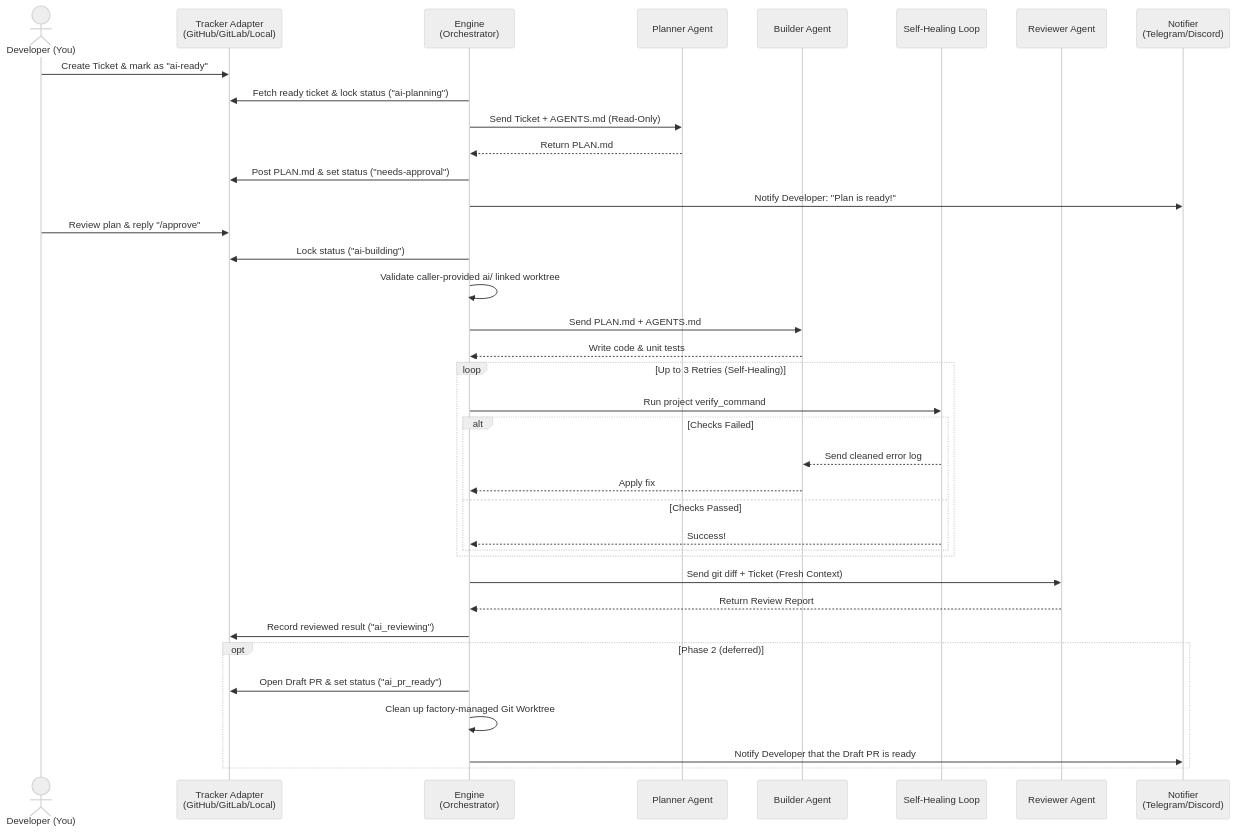
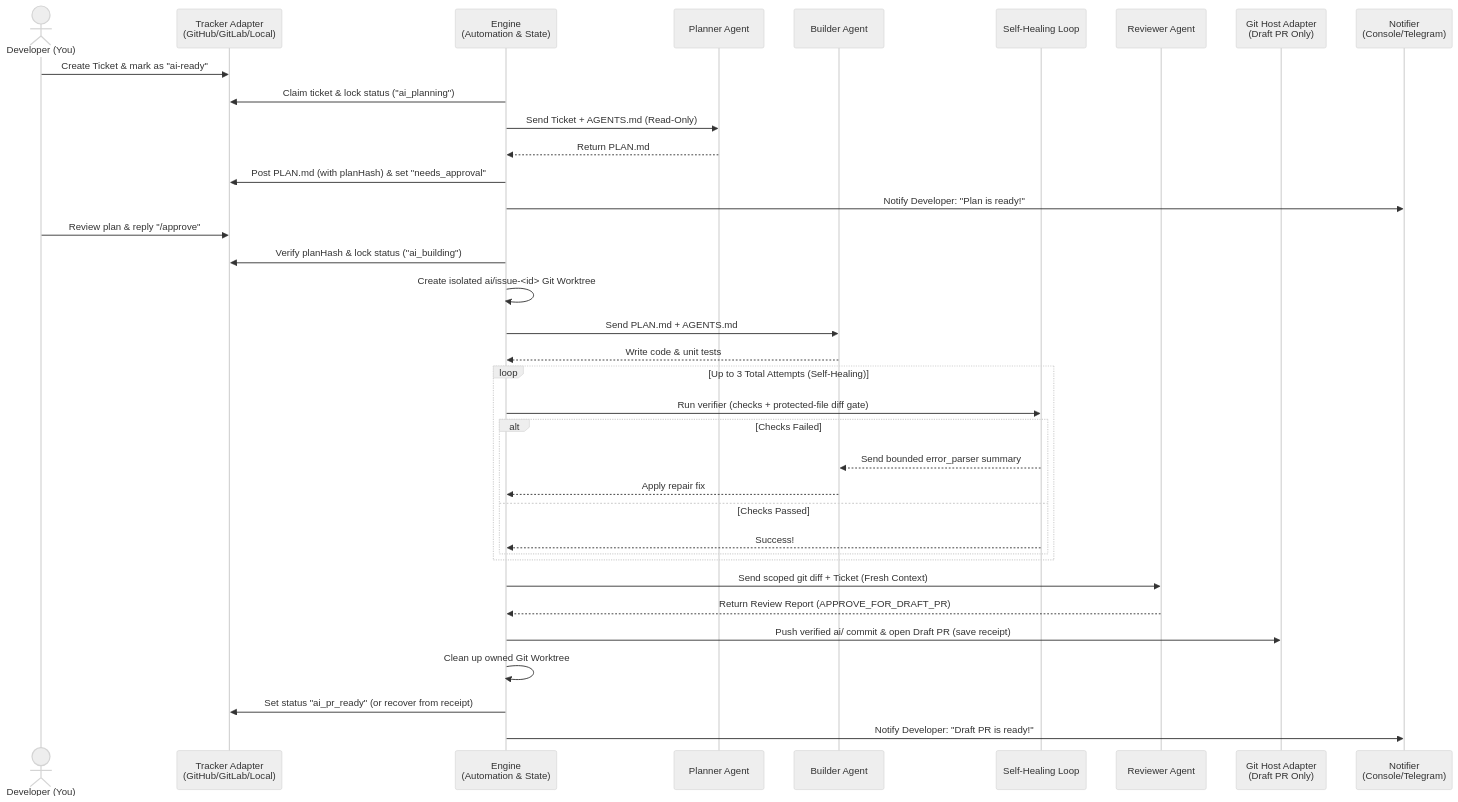
Before and after one commit to islam-kamel/software_factory: the first of 5 diagrams in docs/system_design.md, drawn with Mermaid (neutral theme). The commit also changed other lines of this file and 5 other files, not shown here.

````diff
--- a/docs/system_design.md
+++ b/docs/system_design.md
@@ -11,44 +11,42 @@
 ```mermaid
 sequenceDiagram
     actor Dev as Developer (You)
     participant TR as Tracker Adapter<br/>(GitHub/GitLab/Local)
-    participant ENG as Engine<br/>(Orchestrator)
+    participant ENG as Engine<br/>(Automation & State)
     participant PL as Planner Agent
     participant BL as Builder Agent
     participant SH as Self-Healing Loop
     participant RV as Reviewer Agent
-    participant NT as Notifier<br/>(Telegram/Discord)
+    participant GH as Git Host Adapter<br/>(Draft PR Only)
+    participant NT as Notifier<br/>(Console/Telegram)
 
     Dev->>TR: Create Ticket & mark as "ai-ready"
-    ENG->>TR: Fetch ready ticket & lock status ("ai-planning")
+    ENG->>TR: Claim ticket & lock status ("ai_planning")
     ENG->>PL: Send Ticket + AGENTS.md (Read-Only)
     PL-->>ENG: Return PLAN.md
-    ENG->>TR: Post PLAN.md & set status ("needs-approval")
+    ENG->>TR: Post PLAN.md (with planHash) & set "needs_approval"
     ENG->>NT: Notify Developer: "Plan is ready!"
 
     Dev->>TR: Review plan & reply "/approve"
-    ENG->>TR: Lock status ("ai-building")
-    ENG->>ENG: Validate caller-provided ai/ linked worktree
+    ENG->>TR: Verify planHash & lock status ("ai_building")
+    ENG->>ENG: Create isolated ai/issue-<id> Git Worktree
     ENG->>BL: Send PLAN.md + AGENTS.md
     BL-->>ENG: Write code & unit tests
 
-    loop Up to 3 Retries (Self-Healing)
-        ENG->>SH: Run project verify_command
+    loop Up to 3 Total Attempts (Self-Healing)
+        ENG->>SH: Run verifier (checks + protected-file diff gate)
         alt Checks Failed
-            SH-->>BL: Send cleaned error log
-            BL-->>ENG: Apply fix
+            SH-->>BL: Send bounded error_parser summary
+            BL-->>ENG: Apply repair fix
         else Checks Passed
             SH-->>ENG: Success!
         end
     end
 
-    ENG->>RV: Send git diff + Ticket (Fresh Context)
-    RV-->>ENG: Return Review Report
-    ENG->>TR: Record reviewed result ("ai_reviewing")
-
-    opt Phase 2 (deferred)
-        ENG->>TR: Open Draft PR & set status ("ai_pr_ready")
-        ENG->>ENG: Clean up factory-managed Git Worktree
-        ENG->>NT: Notify Developer that the Draft PR is ready
-    end
+    ENG->>RV: Send scoped git diff + Ticket (Fresh Context)
+    RV-->>ENG: Return Review Report (APPROVE_FOR_DRAFT_PR)
+    ENG->>GH: Push verified ai/ commit & open Draft PR (save receipt)
+    ENG->>ENG: Clean up owned Git Worktree
+    ENG->>TR: Set status "ai_pr_ready" (or recover from receipt)
+    ENG->>NT: Notify Developer: "Draft PR is ready!"
 ```
````
